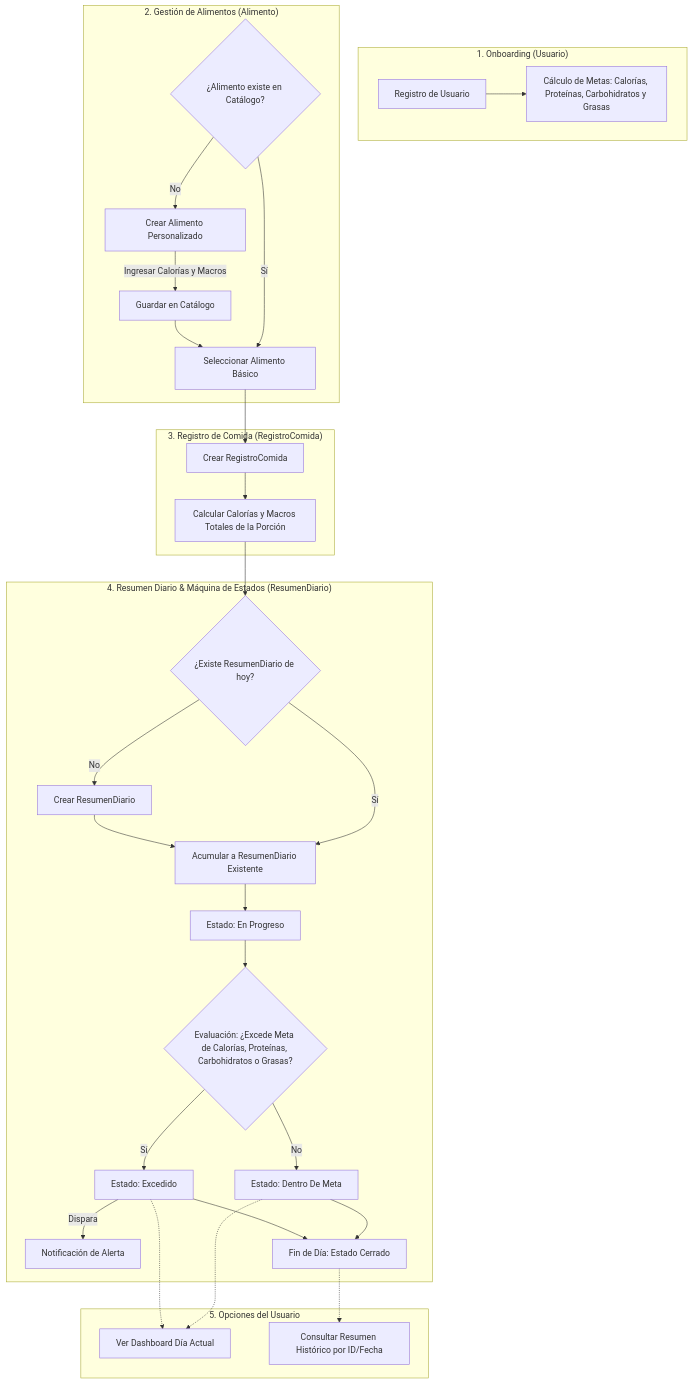
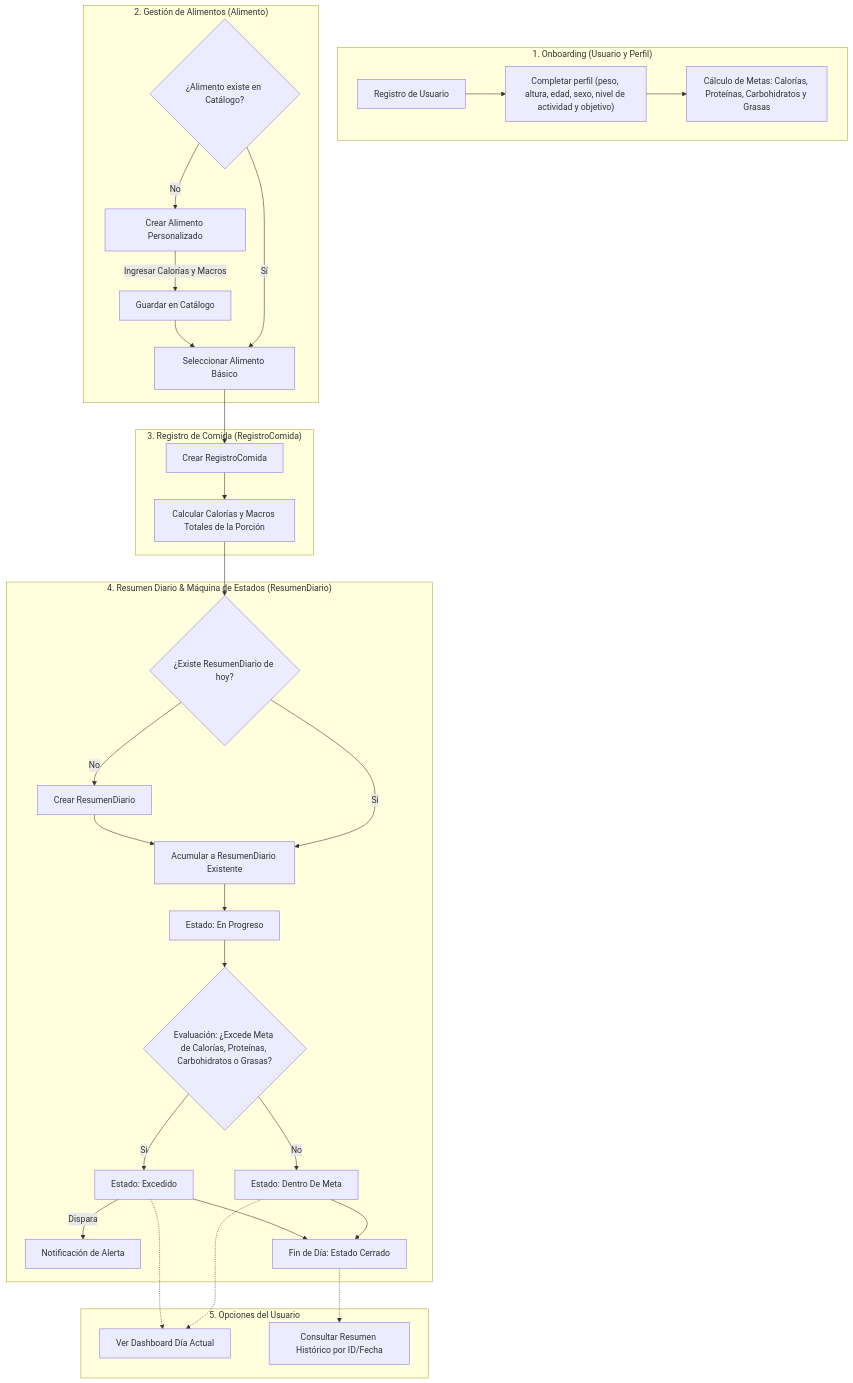
One commit to carlosgabrielcastellanossuriel-lgtm/FitTrack changed the first of 3 diagrams in README.md. Above: the diagram before and after it, drawn with Mermaid. The commit also changed other lines of this file, not shown here.

````diff
--- a/README.md
+++ b/README.md
@@ -84,43 +86,44 @@
 ```mermaid
 flowchart TD
-    subgraph Usuario_Core ["1. Onboarding (Usuario)"]
-        A[Registro de Usuario] --> B[Cálculo de Metas: Calorías, Proteínas, Carbohidratos y Grasas]
+    subgraph Usuario_Core ["1. Onboarding (Usuario y Perfil)"]
+        A[Registro de Usuario] --> A2["Completar perfil (peso, altura, edad, sexo, nivel de actividad y objetivo)"]
+        A2 --> B[Cálculo de Metas: Calorías, Proteínas, Carbohidratos y Grasas]
     end
 
     subgraph Catálogo_Alimentos ["2. Gestión de Alimentos (Alimento)"]
         C{¿Alimento existe en Catálogo?}
         C -->|Sí| D[Seleccionar Alimento Básico]
         C -->|No| E[Crear Alimento Personalizado]
         E -->|Ingresar Calorías y Macros| F[Guardar en Catálogo]
         F --> D
     end
 
     subgraph Consumo ["3. Registro de Comida (RegistroComida)"]
         D --> G[Crear RegistroComida]
         G --> H[Calcular Calorías y Macros Totales de la Porción]
     end
 
     subgraph Resumen_Diario ["4. Resumen Diario & Máquina de Estados (ResumenDiario)"]
         H --> I{¿Existe ResumenDiario de hoy?}
         I -->|No| J[Crear ResumenDiario]
         I -->|Sí| K[Acumular a ResumenDiario Existente]
         J --> K
         
         K --> L[Estado: En Progreso]
         L --> M{Evaluación: ¿Excede Meta de Calorías, Proteínas, Carbohidratos o Grasas?}
         M -->|No| N[Estado: Dentro De Meta]
         M -->|Sí| O[Estado: Excedido]
         O -->|Dispara| P[Notificación de Alerta]
         
         N --> Q[Fin de Día: Estado Cerrado]
         O --> Q
     end
 
     subgraph Vistas ["5. Opciones del Usuario"]
         R[Ver Dashboard Día Actual]
         S[Consultar Resumen Histórico por ID/Fecha]
         N -.-> R
         O -.-> R
         Q -.-> S
     end
 ```
````
